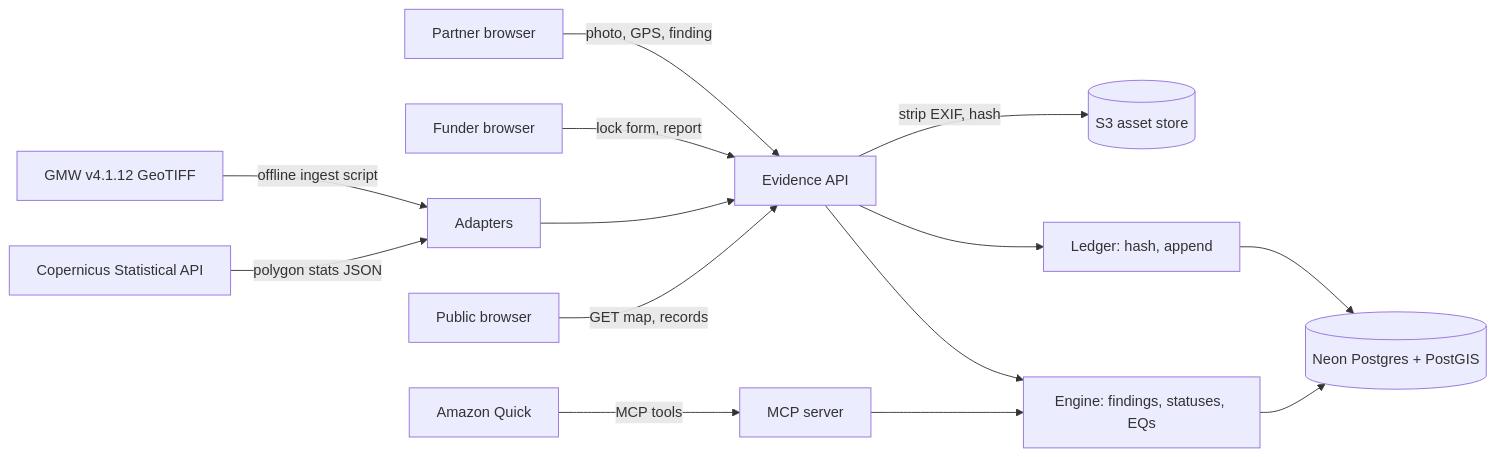
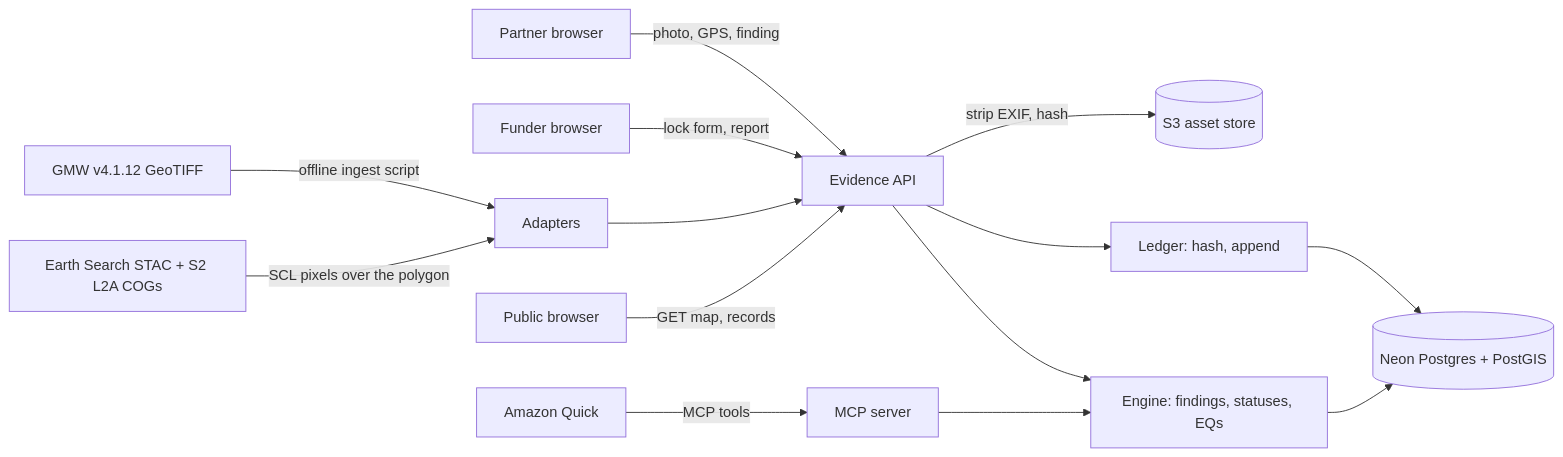
The second of 3 diagrams in docs/system-design.md (DavidBatoDev/mangrove), drawn with Mermaid before and after one commit. The commit also changed other lines of this file and 8 other files, not shown here.

First line of the commit message:
docs: Sentinel-2 from Earth Search COGs (ADR-042, DEC-012)

````diff
--- a/docs/system-design.md
+++ b/docs/system-design.md
@@ -68,16 +68,16 @@
 ```mermaid
 flowchart LR
   GMWF[GMW v4.1.12 GeoTIFF] -->|offline ingest script| ADP[Adapters]
-  CDSE[Copernicus Statistical API] -->|polygon stats JSON| ADP
+  CDSE[Earth Search STAC + S2 L2A COGs] -->|SCL pixels over the polygon| ADP
   Partner[Partner browser] -->|photo, GPS, finding| API[Evidence API]
   Funder[Funder browser] -->|lock form, report| API
   ADP --> API
   API -->|strip EXIF, hash| Files[(S3 asset store)]
   API --> ENG[Engine: findings, statuses, EQs]
   API --> LED[Ledger: hash, append]
   LED --> DB[(Neon Postgres + PostGIS)]
   ENG --> DB
   Public[Public browser] -->|GET map, records| API
   Quick[Amazon Quick] -->|MCP tools| MCP[MCP server]
   MCP --> ENG
 ```
````
